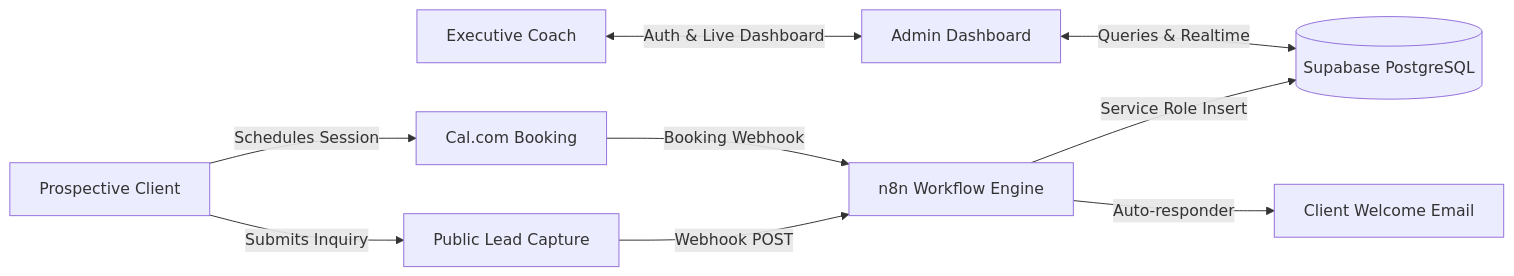
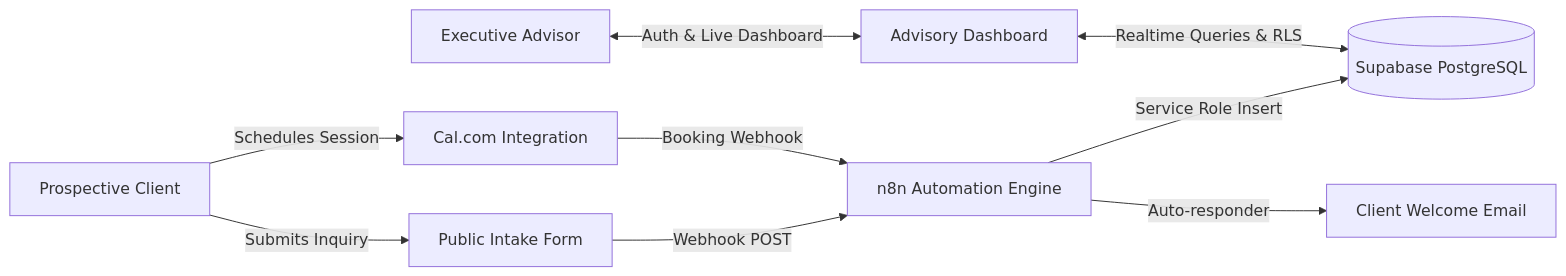
The diagram in README.md (nipuna-dilshan/lead-followup-management-system), drawn with Mermaid before and after one commit. The commit also changed other lines of this file and 10 other files, not shown here.

````diff
--- a/README.md
+++ b/README.md
@@ -47,11 +56,11 @@
 ```mermaid
 graph LR
-  Client[Prospective Client] -->|Submits Inquiry| Form[Public Lead Capture]
-  Form -->|Webhook POST| n8n[n8n Workflow Engine]
+  Client[Prospective Client] -->|Submits Inquiry| Form[Public Intake Form]
+  Form -->|Webhook POST| n8n[n8n Automation Engine]
   n8n -->|Service Role Insert| Supabase[(Supabase PostgreSQL)]
   n8n -->|Auto-responder| Email[Client Welcome Email]
-  Client -->|Schedules Session| Cal[Cal.com Booking]
+  Client -->|Schedules Session| Cal[Cal.com Integration]
   Cal -->|Booking Webhook| n8n
-  Admin[Executive Coach] <-->|Auth & Live Dashboard| ReactApp[Admin Dashboard]
-  ReactApp <-->|Queries & Realtime| Supabase
+  Admin[Executive Advisor] <-->|Auth & Live Dashboard| ReactApp[Advisory Dashboard]
+  ReactApp <-->|Realtime Queries & RLS| Supabase
 ```
````
